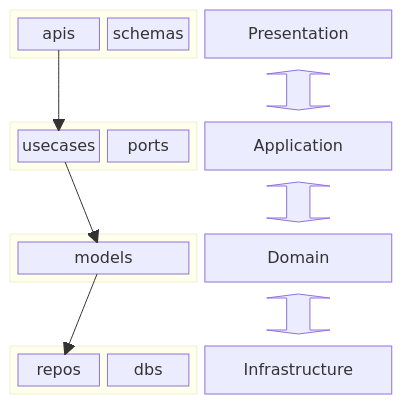
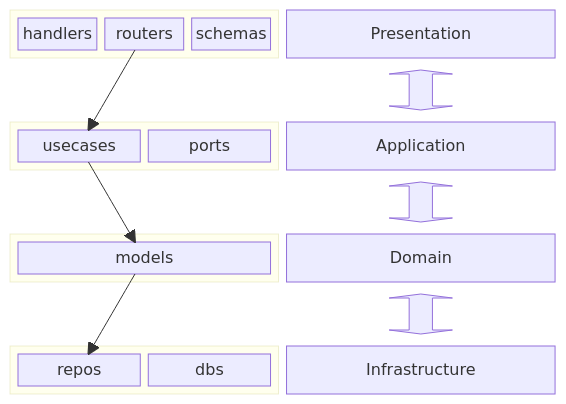
The diagram in docs/APPLICATION_TOPOLOGY.md (trungthudo13/Open.EDC), drawn with Mermaid before and after one commit. The commit also changed other lines of this file and 13 other files, not shown here.

````diff
--- a/docs/APPLICATION_TOPOLOGY.md
+++ b/docs/APPLICATION_TOPOLOGY.md
@@ -38,33 +26,30 @@
 ```mermaid
 block
     columns 2
     block:presentation
-        apis
+        handlers
+        routers
         schemas
     end
     label_presentation["Presentation"]
     space
     blockArrowIdPresesentationApplication<["&nbsp;&nbsp;&nbsp;"]>(y)
     block:application
-        usecases
+        routers --> usecases
         ports
     end
     label_application["Application"]
     space
     blockArrowIdApplicationDomain<["&nbsp;&nbsp;&nbsp;"]>(y)
     block:domain
-        models
+        usecases --> models
     end
     label_domain["Domain"]
     space
     blockArrowIdDomainInfrastructure<["&nbsp;&nbsp;&nbsp;"]>(y)
     block:infrastructure
-        repos
+        models --> repos
         dbs
     end
     label_infrastructure["Infrastructure"]
-
-    apis --> usecases
-    usecases --> models
-    models --> repos
 ```
````
